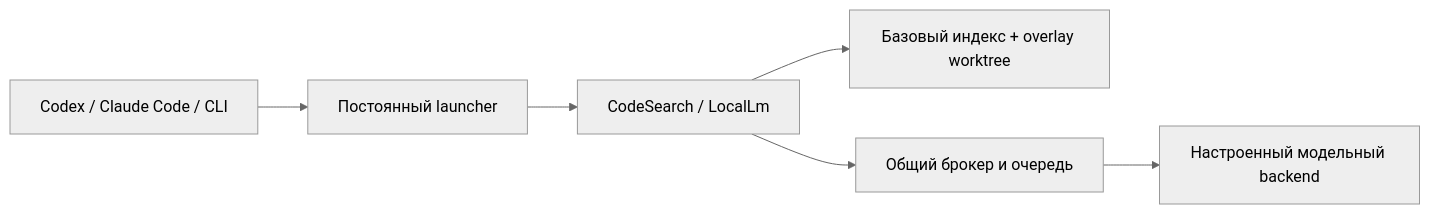
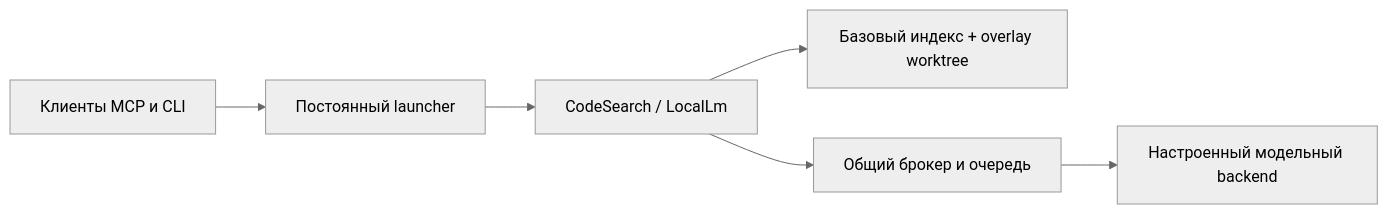
The diagram in docs/opensource.ru.md (MrAliev/local-ai-toolkit), drawn with Mermaid (neutral theme) before and after one commit. The commit also changed 19 other files, not shown here.

````diff
--- a/docs/opensource.ru.md
+++ b/docs/opensource.ru.md
@@ -29,8 +29,8 @@
 ```mermaid
 flowchart LR
-  clients["Codex / Claude Code / CLI"] --> launcher["Постоянный launcher"]
+  clients["Клиенты MCP и CLI"] --> launcher["Постоянный launcher"]
   launcher --> tools["CodeSearch / LocalLm"]
   tools --> index["Базовый индекс + overlay worktree"]
   tools --> broker["Общий брокер и очередь"]
   broker --> backend["Настроенный модельный backend"]
 ```
````
